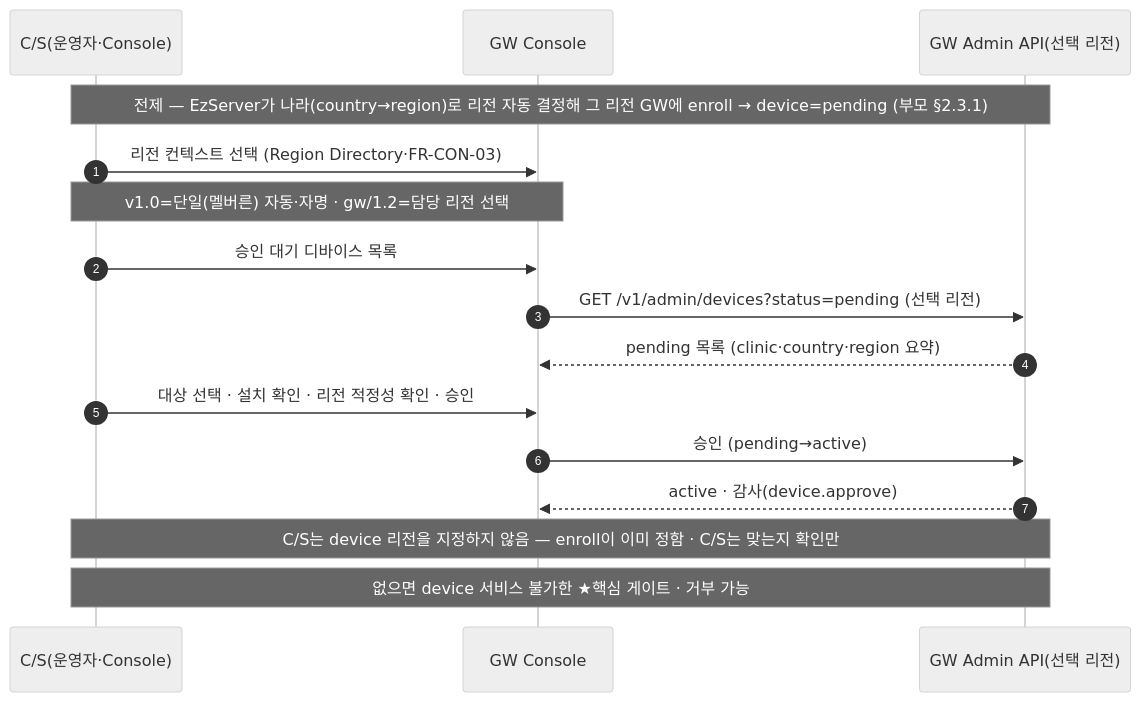
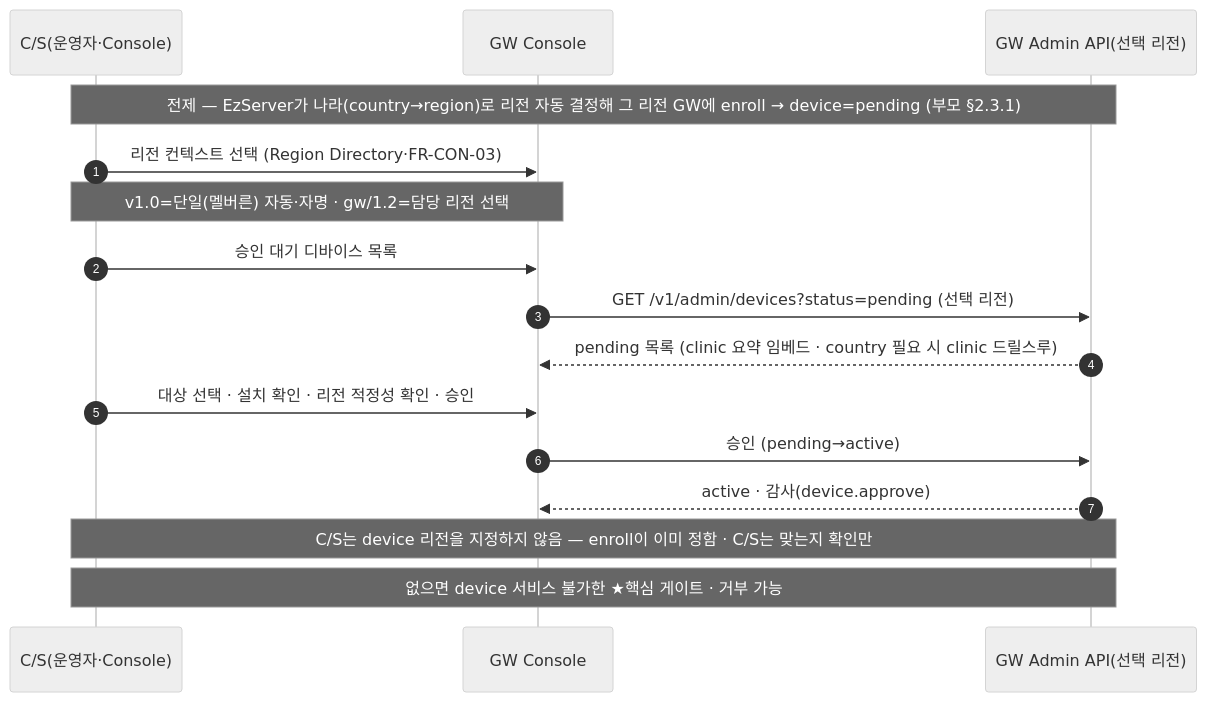
One commit to gracegyu/scp-architecture changed the sixth of 8 diagrams in docs/VT_API_Gateway/08.VT_API_Gateway/specs/03c-subsrs-gw-console/SRS.md. Above: the diagram before and after it, drawn with Mermaid (neutral theme). The commit also changed other lines of this file and 1 other file, not shown here.

````diff
--- a/docs/VT_API_Gateway/08.VT_API_Gateway/specs/03c-subsrs-gw-console/SRS.md
+++ b/docs/VT_API_Gateway/08.VT_API_Gateway/specs/03c-subsrs-gw-console/SRS.md
@@ -220,18 +218,18 @@
 ```mermaid
 sequenceDiagram
     autonumber
     participant CS as C/S(운영자·Console)
     participant C as GW Console
     participant GW as GW Admin API(선택 리전)
     Note over CS,GW: 전제 — EzServer가 나라(country→region)로 리전 자동 결정해 그 리전 GW에 enroll → device=pending (부모 §2.3.1)
     CS->>C: 리전 컨텍스트 선택 (Region Directory·FR-CON-03)
     Note over CS,C: v1.0=단일(멜버른) 자동·자명 · gw/1.2=담당 리전 선택
     CS->>C: 승인 대기 디바이스 목록
     C->>GW: GET /v1/admin/devices?status=pending (선택 리전)
-    GW-->>C: pending 목록 (clinic·country·region 요약)
+    GW-->>C: pending 목록 (clinic 요약 임베드 · country 필요 시 clinic 드릴스루)
     CS->>C: 대상 선택 · 설치 확인 · 리전 적정성 확인 · 승인
     C->>GW: 승인 (pending→active)
     GW-->>C: active · 감사(device.approve)
     Note over CS,GW: C/S는 device 리전을 지정하지 않음 — enroll이 이미 정함 · C/S는 맞는지 확인만
     Note over CS,GW: 없으면 device 서비스 불가한 ★핵심 게이트 · 거부 가능
 ```
````
